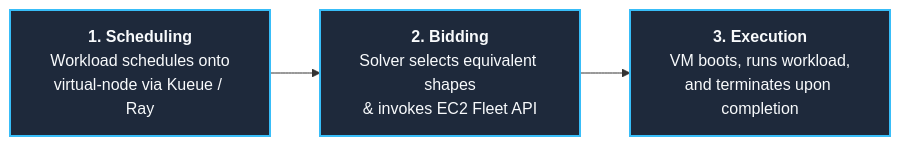
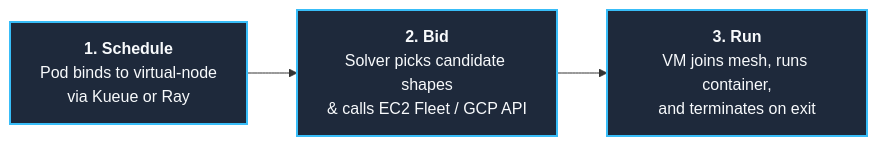
Before and after one commit to simonepri/interlink-cloudvm-plugin: the second of 8 diagrams in readme.md, drawn with Mermaid. The commit also changed other lines of this file, not shown here.

````diff
--- a/readme.md
+++ b/readme.md
@@ -84,8 +82,8 @@
 ```mermaid
 flowchart LR
     classDef stage fill:#1E293B,stroke:#38BDF8,stroke-width:2px,color:#F8FAFC
 
-    S1["<b>1. Scheduling</b><br>Workload schedules onto<br>virtual-node via Kueue / Ray"]:::stage
-    --> S2["<b>2. Bidding</b><br>Solver selects equivalent shapes<br>& invokes EC2 Fleet API"]:::stage
-    --> S3["<b>3. Execution</b><br>VM boots, runs workload,<br>and terminates upon completion"]:::stage
+    S1["<b>1. Schedule</b><br>Pod binds to virtual-node<br>via Kueue or Ray"]:::stage
+    --> S2["<b>2. Bid</b><br>Solver picks candidate shapes<br>& calls EC2 Fleet / GCP API"]:::stage
+    --> S3["<b>3. Run</b><br>VM joins mesh, runs container,<br>and terminates on exit"]:::stage
 ```
````
